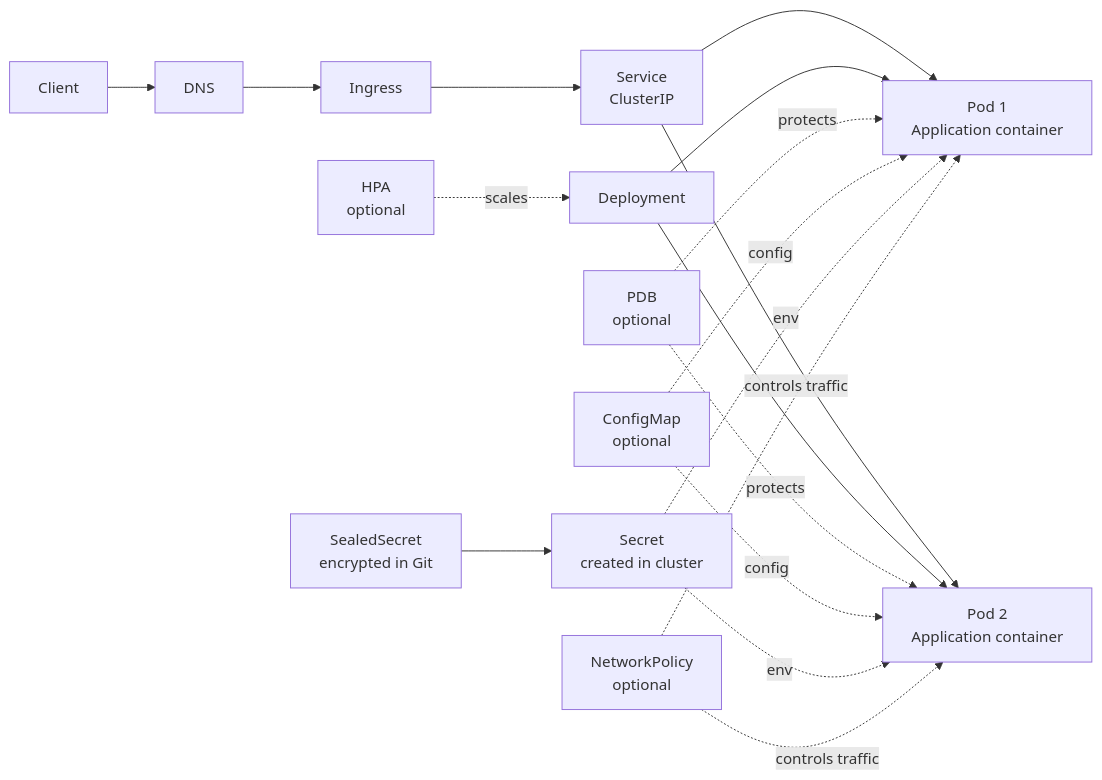
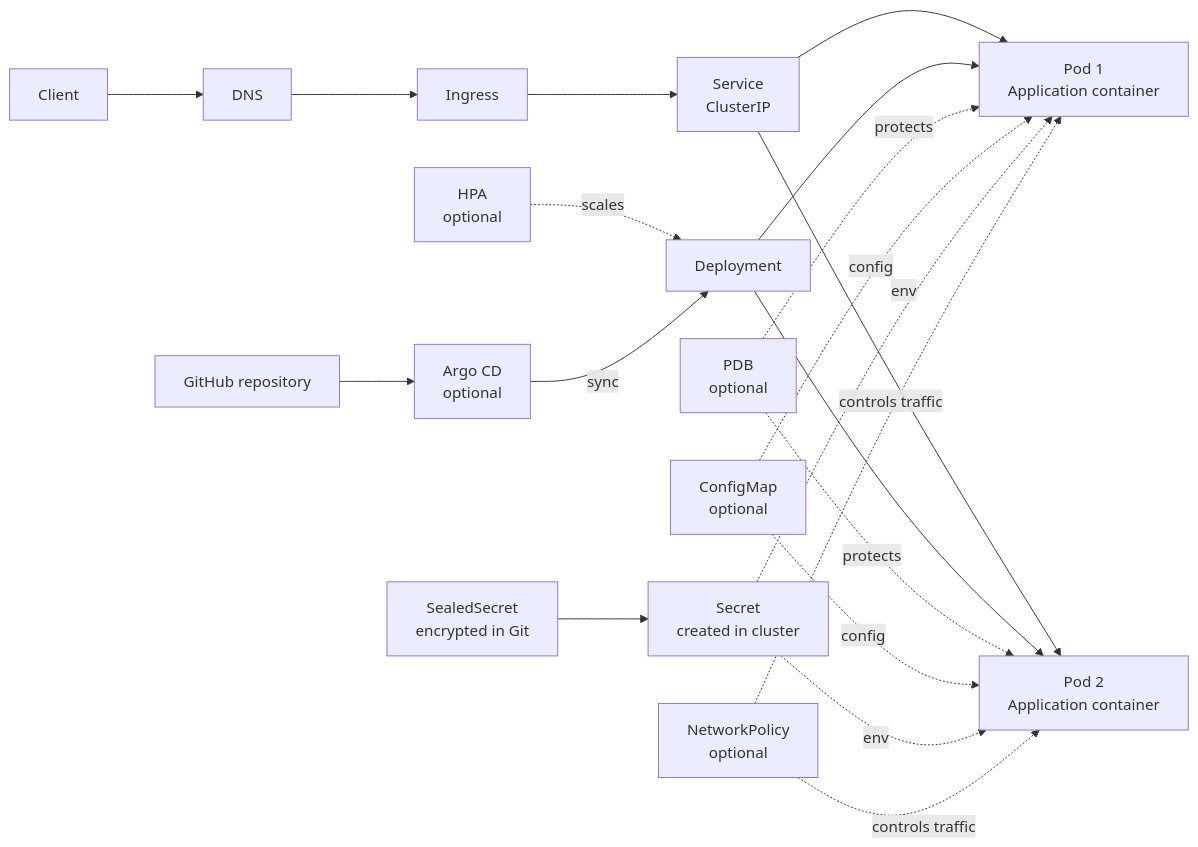
The first of 2 diagrams in README.md (Kenshin0011/k8s-app-template), drawn with Mermaid before and after one commit. The commit also changed other lines of this file and 1 other file, not shown here.

Commit message:
feat: add Argo CD application manifest

````diff
--- a/README.md
+++ b/README.md
@@ -9,23 +9,25 @@
 ```mermaid
 flowchart LR
     User[Client] --> DNS[DNS]
     DNS --> Ingress[Ingress]
     Ingress --> Service[Service<br/>ClusterIP]
     Service --> PodA[Pod 1<br/>Application container]
     Service --> PodB[Pod 2<br/>Application container]
 
     Deployment[Deployment] --> PodA
     Deployment --> PodB
     HPA[HPA<br/>optional] -. scales .-> Deployment
     PDB[PDB<br/>optional] -. protects .-> PodA
     PDB -. protects .-> PodB
 
     ConfigMap[ConfigMap<br/>optional] -. config .-> PodA
     ConfigMap -. config .-> PodB
     Secret[SealedSecret<br/>encrypted in Git] --> SecretRuntime[Secret<br/>created in cluster]
     SecretRuntime -. env .-> PodA
     SecretRuntime -. env .-> PodB
 
     Policy[NetworkPolicy<br/>optional] -. controls traffic .-> PodA
     Policy -. controls traffic .-> PodB
+    GitHub[GitHub repository] --> ArgoCD[Argo CD<br/>optional]
+    ArgoCD -->|sync| Deployment
 ```
````
